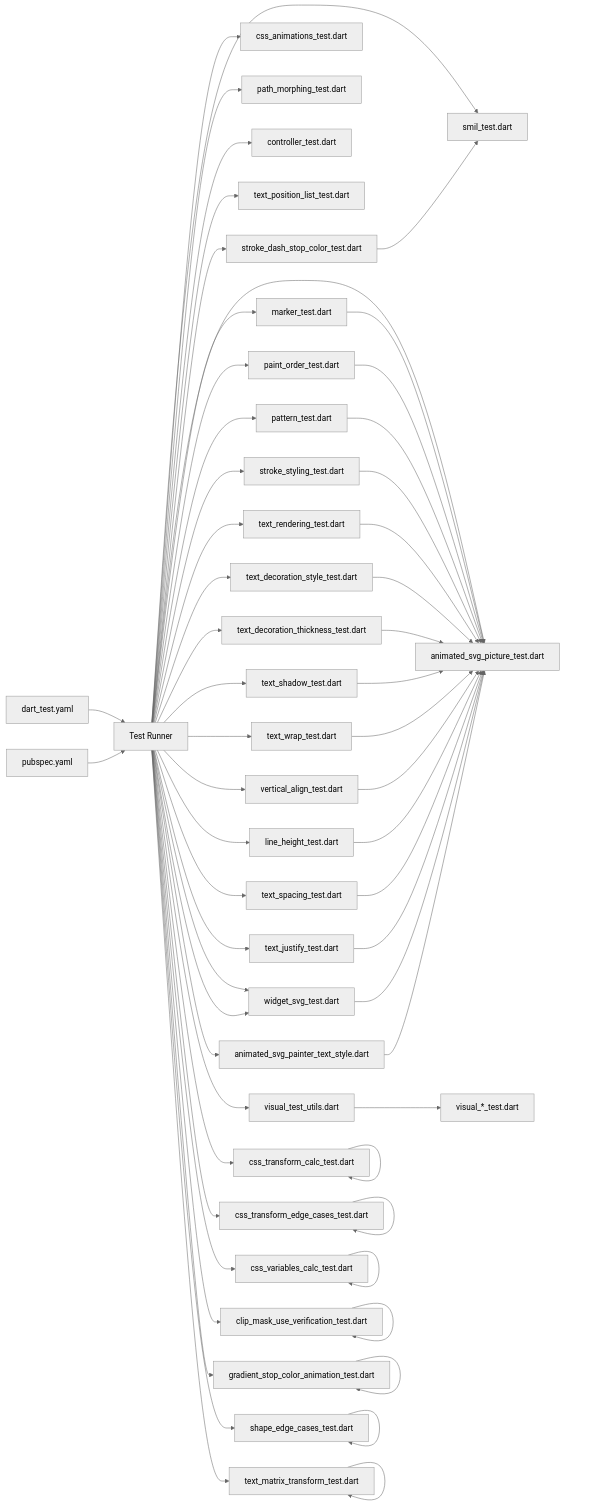
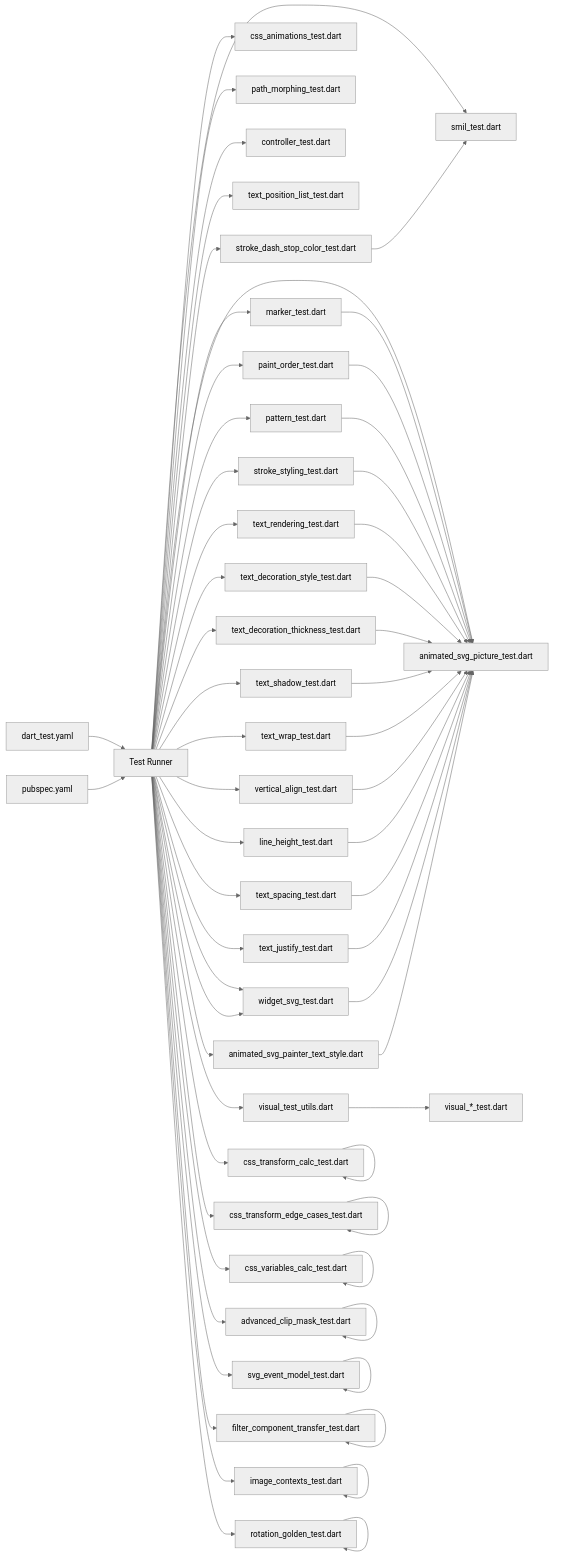
One commit to denisnadey/flutter_full_svg_support changed the ninth of 9 diagrams in .qoder/repowiki/en/content/Testing and Quality Assurance/Testing and Quality Assurance.md. Above: the diagram before and after it, drawn with Mermaid (neutral theme). The commit also changed other lines of this file and 20 other files, not shown here.

First line of the commit message:
feat(svg): implement comprehensive event handling with pointer and gesture support

````diff
--- a/.qoder/repowiki/en/content/Testing and Quality Assurance/Testing and Quality Assurance.md
+++ b/.qoder/repowiki/en/content/Testing and Quality Assurance/Testing and Quality Assurance.md
@@ -1098,60 +1009,62 @@
 ```mermaid
 graph LR
 D["dart_test.yaml"] --> T["Test Runner"]
 P["pubspec.yaml"] --> T
 T --> V["visual_test_utils.dart"]
 T --> S["smil_test.dart"]
 T --> C["css_animations_test.dart"]
 T --> PM["path_morphing_test.dart"]
 T --> CT["controller_test.dart"]
 T --> AP["animated_svg_picture_test.dart"]
 T --> TP["text_position_list_test.dart"]
 T --> MK["marker_test.dart"]
 T --> PO["paint_order_test.dart"]
 T --> PT["pattern_test.dart"]
 T --> SS["stroke_styling_test.dart"]
 T --> TR["text_rendering_test.dart"]
 T --> TDS["text_decoration_style_test.dart"]
 T --> TDT["text_decoration_thickness_test.dart"]
 T --> TSH["text_shadow_test.dart"]
 T --> TW["text_wrap_test.dart"]
 T --> VA["vertical_align_test.dart"]
 T --> LH["line_height_test.dart"]
 T --> TS["text_spacing_test.dart"]
 T --> TJ["text_justify_test.dart"]
 T --> WS["white_space_test.dart"]
 T --> SDSC["stroke_dash_stop_color_test.dart"]
 T --> ASTS["animated_svg_painter_text_style.dart"]
 T --> WS["widget_svg_test.dart"]
 T --> CTC["css_transform_calc_test.dart"]
 T --> CTEC["css_transform_edge_cases_test.dart"]
 T --> CVC["css_variables_calc_test.dart"]
-T --> CMUV["clip_mask_use_verification_test.dart"]
-T --> GSAT["gradient_stop_color_animation_test.dart"]
-T --> SEC["shape_edge_cases_test.dart"]
-T --> TMT["text_matrix_transform_test.dart"]
+T --> ACM["advanced_clip_mask_test.dart"]
+T --> SEM["svg_event_model_test.dart"]
+T --> FCT["filter_component_transfer_test.dart"]
+T --> ICT["image_contexts_test.dart"]
+T --> RG["rotation_golden_test.dart"]
 V --> VT["visual_*_test.dart"]
 MK --> AP
 PO --> AP
 PT --> AP
 SS --> AP
 TR --> AP
 TDS --> AP
 TDT --> AP
 TSH --> AP
 TW --> AP
 VA --> AP
 LH --> AP
 TS --> AP
 TJ --> AP
 WS --> AP
 SDSC --> S
 ASTS --> AP
 CTC --> CTC
 CTEC --> CTEC
 CVC --> CVC
-CMUV --> CMUV
-GSAT --> GSAT
-SEC --> SEC
-TMT --> TMT
+ACM --> ACM
+SEM --> SEM
+FCT --> FCT
+ICT --> ICT
+RG --> RG
 ```
````
